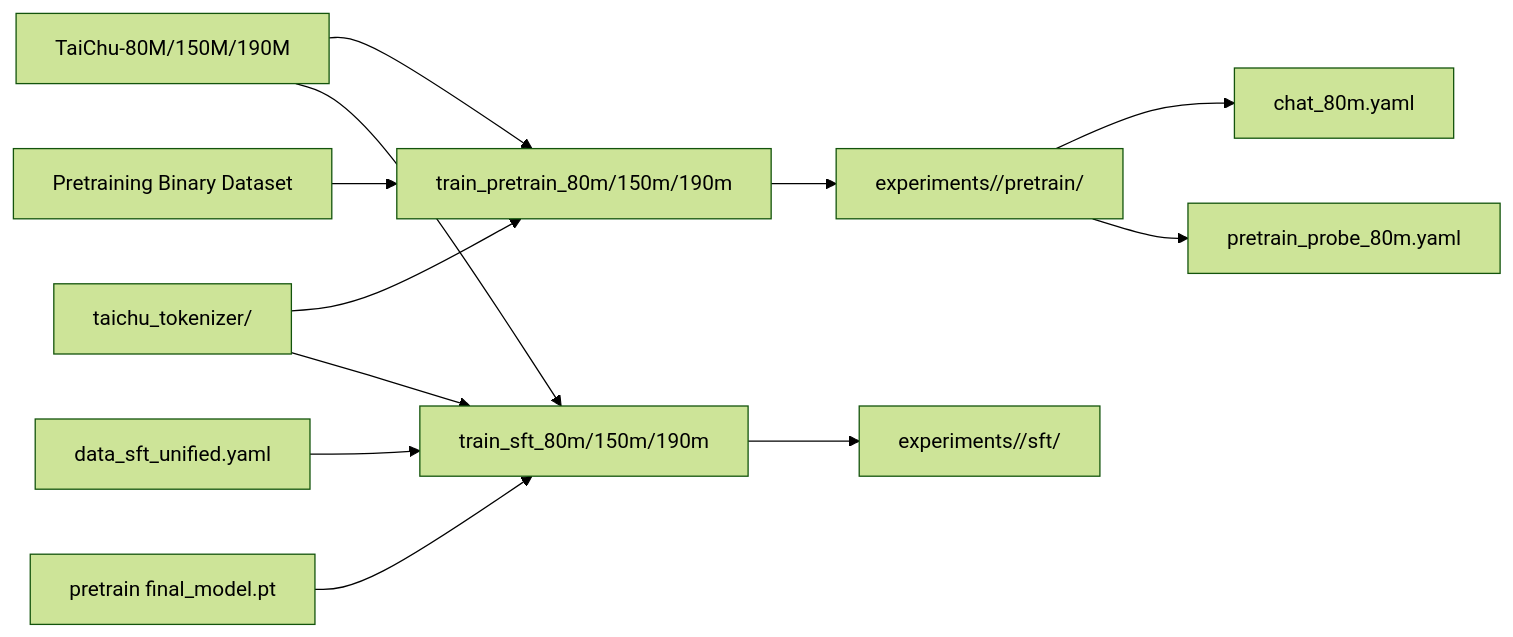
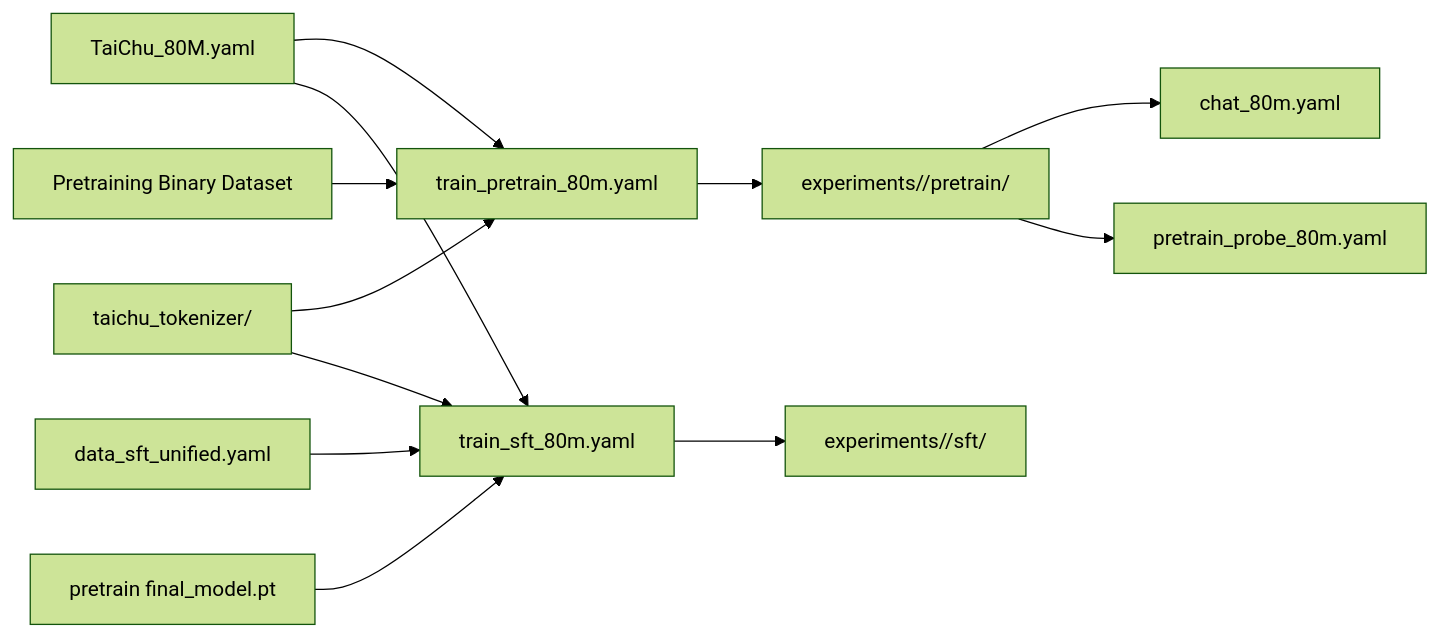
The diagram in docs/CONFIGURATION.md (Hsuant/TaiChu), drawn with Mermaid (forest theme) before and after one commit. The commit also changed other lines of this file and 10 other files, not shown here.

````diff
--- a/docs/CONFIGURATION.md
+++ b/docs/CONFIGURATION.md
@@ -8,14 +8,14 @@
 ```mermaid
 flowchart LR
-    A["TaiChu-80M/150M/190M"] --> P["train_pretrain_80m/150m/190m"]
-    A --> S["train_sft_80m/150m/190m"]
+    A["TaiChu_80M.yaml"] --> P["train_pretrain_80m.yaml"]
+    A --> S["train_sft_80m.yaml"]
     D["taichu_tokenizer/"] --> P
     D --> S
     G["Pretraining Binary Dataset"] --> P
     K["data_sft_unified.yaml"] --> S
     E["pretrain final_model.pt"] --> S
     P --> R1["experiments/<scale>/pretrain/<run>"]
     S --> R2["experiments/<scale>/sft/<run>"]
     R1 --> I["chat_80m.yaml"]
     R1 --> J["pretrain_probe_80m.yaml"]
 ```
````
